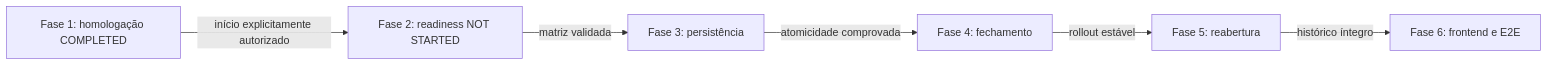
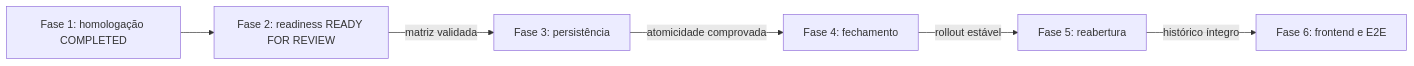
The diagram in docs/project-management/ETP-014_IMPLEMENTATION_PLAN.md (GuilhermeEstrelaDEV/dp-system), drawn with Mermaid before and after one commit. The commit also changed other lines of this file and 6 other files, not shown here.

````diff
--- a/docs/project-management/ETP-014_IMPLEMENTATION_PLAN.md
+++ b/docs/project-management/ETP-014_IMPLEMENTATION_PLAN.md
@@ -317,8 +317,8 @@
 ```mermaid
 flowchart LR
-    F1[Fase 1: homologação COMPLETED] -->|início explicitamente autorizado| F2[Fase 2: readiness NOT STARTED]
+    F1[Fase 1: homologação COMPLETED] --> F2[Fase 2: readiness READY FOR REVIEW]
     F2 -->|matriz validada| F3[Fase 3: persistência]
     F3 -->|atomicidade comprovada| F4[Fase 4: fechamento]
     F4 -->|rollout estável| F5[Fase 5: reabertura]
     F5 -->|histórico íntegro| F6[Fase 6: frontend e E2E]
 ```
````
